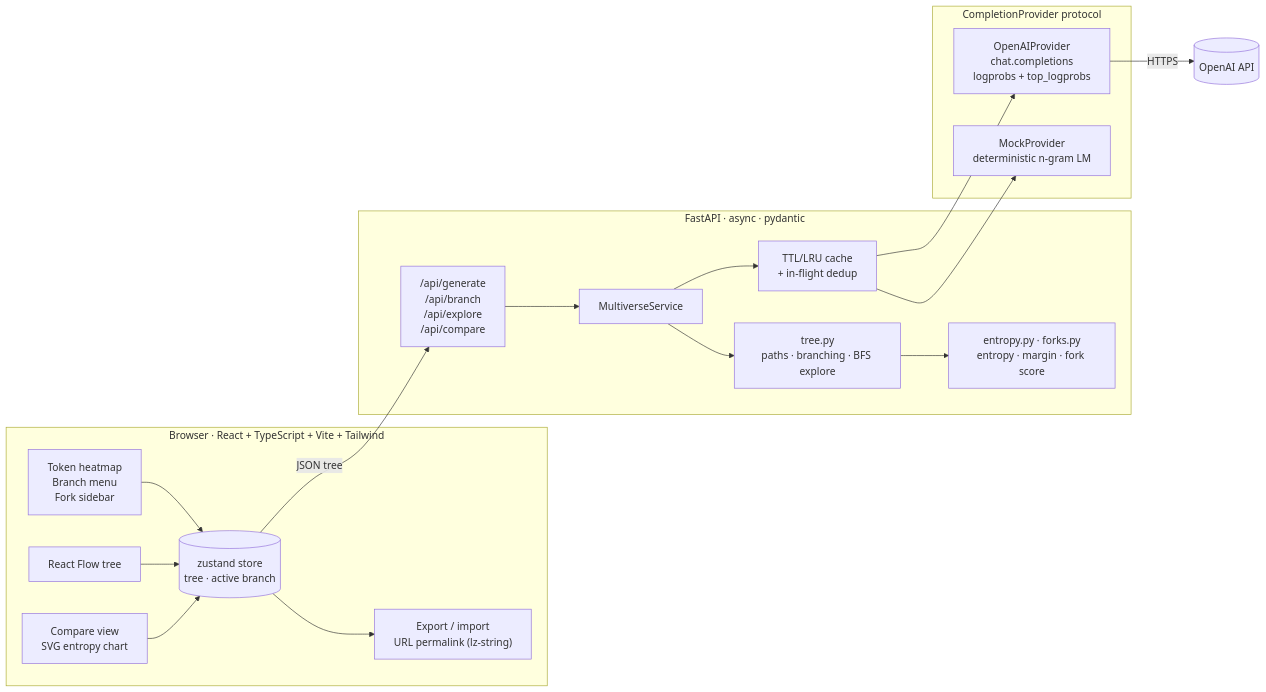
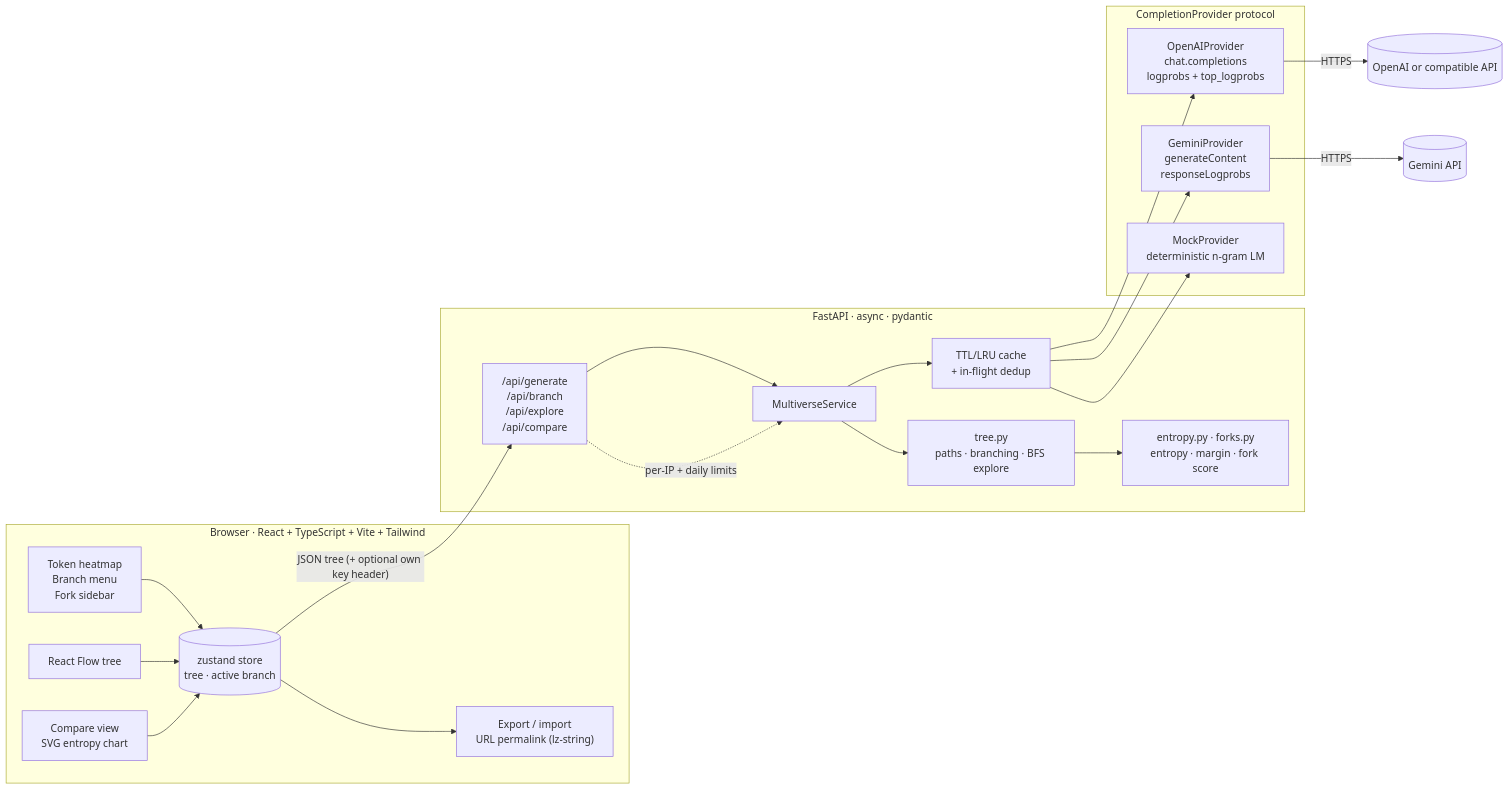
The diagram in README.md (gfxroy/multiverse), drawn with Mermaid before and after one commit. The commit also changed other lines of this file and 10 other files, not shown here.

````diff
--- a/README.md
+++ b/README.md
@@ -118,35 +174,39 @@
 ```mermaid
 flowchart LR
     subgraph Browser["Browser · React + TypeScript + Vite + Tailwind"]
         UI["Token heatmap<br/>Branch menu<br/>Fork sidebar"]
         Flow["React Flow tree"]
         Cmp["Compare view<br/>SVG entropy chart"]
         Store[("zustand store<br/>tree · active branch")]
         Share["Export / import<br/>URL permalink (lz-string)"]
         UI --> Store
         Flow --> Store
         Cmp --> Store
         Store --> Share
     end
 
     subgraph API["FastAPI · async · pydantic"]
         Routes["/api/generate<br/>/api/branch<br/>/api/explore<br/>/api/compare"]
         Service["MultiverseService"]
         Tree["tree.py<br/>paths · branching · BFS explore"]
         Math["entropy.py · forks.py<br/>entropy · margin · fork score"]
         Cache["TTL/LRU cache<br/>+ in-flight dedup"]
         Routes --> Service --> Tree
         Tree --> Math
         Service --> Cache
     end
 
     subgraph Providers["CompletionProvider protocol"]
         OpenAI["OpenAIProvider<br/>chat.completions<br/>logprobs + top_logprobs"]
+        Gemini["GeminiProvider<br/>generateContent<br/>responseLogprobs"]
         Mock["MockProvider<br/>deterministic n-gram LM"]
     end
 
-    Store -- "JSON tree" --> Routes
+    Store -- "JSON tree (+ optional own key header)" --> Routes
+    Routes -. "per-IP + daily limits" .-> Service
     Cache --> OpenAI
+    Cache --> Gemini
     Cache --> Mock
-    OpenAI -- HTTPS --> OAI[(OpenAI API)]
+    OpenAI -- HTTPS --> OAI[(OpenAI or compatible API)]
+    Gemini -- HTTPS --> GAPI[(Gemini API)]
 ```
````
